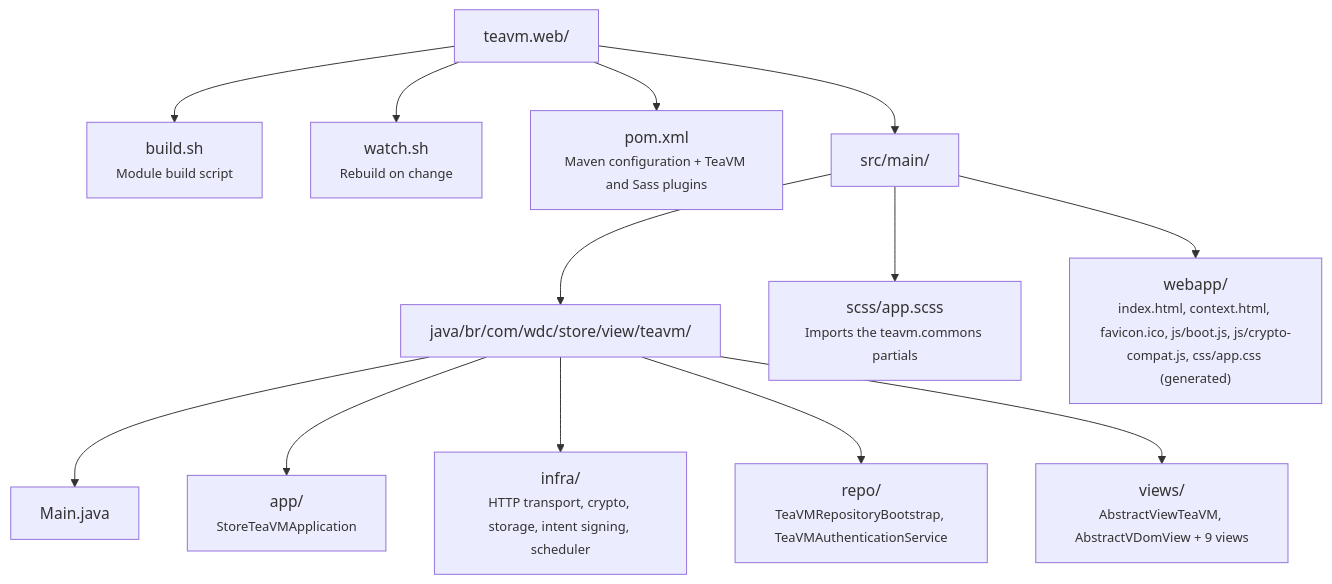
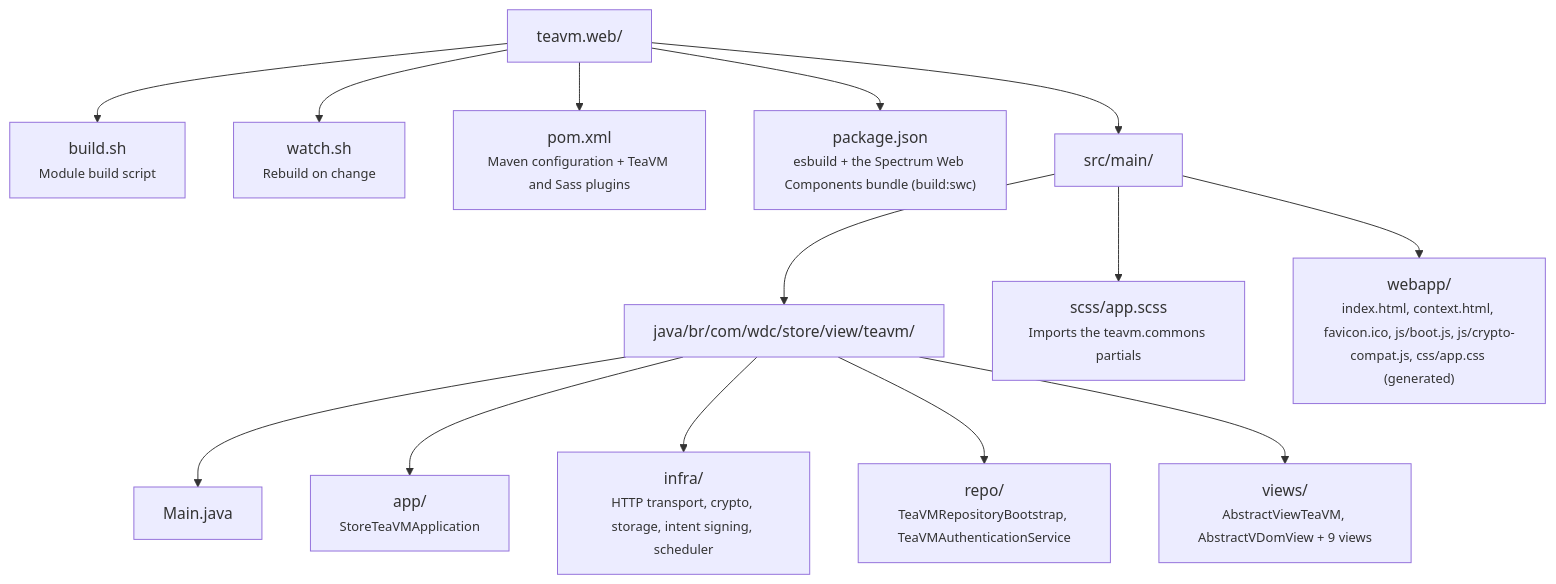
Before and after one commit to mrcdom/wdc-cube-java-v2: the third of 3 diagrams in fontes/br.com.wdc.store/br.com.wdc.store.view.teavm/teavm.web/README.md, drawn with Mermaid. The commit also changed other lines of this file and 10 other files, not shown here.

First line of the commit message:
🐛 [BUGFIX] teavm.web builds its Spectrum Web Components bundle: a fresh clone, the image and the CI get it

````diff
--- a/fontes/br.com.wdc.store/br.com.wdc.store.view.teavm/teavm.web/README.md
+++ b/fontes/br.com.wdc.store/br.com.wdc.store.view.teavm/teavm.web/README.md
@@ -137,29 +141,31 @@
 ```mermaid
 graph TD
     root["teavm.web/"]
     buildsh["build.sh<br/><small>Module build script</small>"]
     watchsh["watch.sh<br/><small>Rebuild on change</small>"]
     pom["pom.xml<br/><small>Maven configuration + TeaVM and Sass plugins</small>"]
+    pkg["package.json<br/><small>esbuild + the Spectrum Web Components bundle (build:swc)</small>"]
     srcMain["src/main/"]
     java["java/br/com/wdc/store/view/teavm/"]
     main["Main.java"]
     app["app/<br/><small>StoreTeaVMApplication</small>"]
     infra["infra/<br/><small>HTTP transport, crypto, storage, intent signing, scheduler</small>"]
     repo["repo/<br/><small>TeaVMRepositoryBootstrap, TeaVMAuthenticationService</small>"]
     views["views/<br/><small>AbstractViewTeaVM, AbstractVDomView + 9 views</small>"]
     scss["scss/app.scss<br/><small>Imports the teavm.commons partials</small>"]
     webapp["webapp/<br/><small>index.html, context.html, favicon.ico, js/boot.js, js/crypto-compat.js, css/app.css (generated)</small>"]
 
     root --> buildsh
     root --> watchsh
     root --> pom
+    root --> pkg
     root --> srcMain
     srcMain --> java
     srcMain --> scss
     srcMain --> webapp
     java --> main
     java --> app
     java --> infra
     java --> repo
     java --> views
 ```
````
